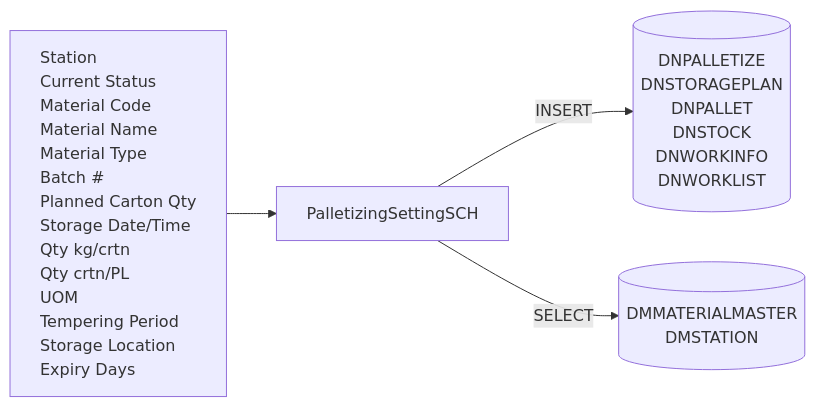
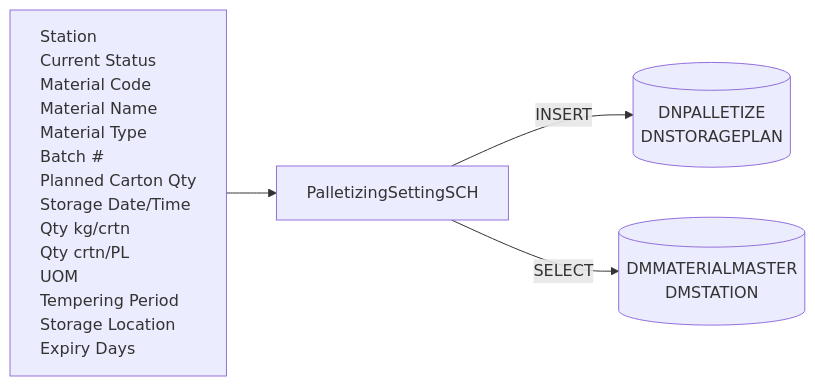
One commit to luthfiadityaa/SimeDarby-Wiki changed the first of 23 diagrams in Basic-Design/DFD-WMS/Storage/Palletizing-Settting/Palletize-Start.md. Above: the diagram before and after it, drawn with Mermaid. The commit also changed other lines of this file, not shown here.

```diff
--- a/Basic-Design/DFD-WMS/Storage/Palletizing-Settting/Palletize-Start.md
+++ b/Basic-Design/DFD-WMS/Storage/Palletizing-Settting/Palletize-Start.md
@@ -15,41 +15,37 @@
 ::: mermaid
 flowchart LR
     input[
         Station
         Current Status
         Material Code
         Material Name
         Material Type
         Batch #
         Planned Carton Qty
         Storage Date/Time
         Qty kg/crtn
         Qty crtn/PL
         UOM
         Tempering Period
         Storage Location
         Expiry Days
     ]
 
     tableList-insert[("
         DNPALLETIZE
         DNSTORAGEPLAN
-        DNPALLET
-        DNSTOCK
-        DNWORKINFO
-        DNWORKLIST 
     ")]
 
      tableList-select[("
         DMMATERIALMASTER
         DMSTATION
     ")]
 
     className[PalletizingSettingSCH]
 
     input --> className --> |INSERT| tableList-insert
     className --> |SELECT| tableList-select
 
     classDef leftAlign text-align:left;
     class input leftAlign;
 :::
```
